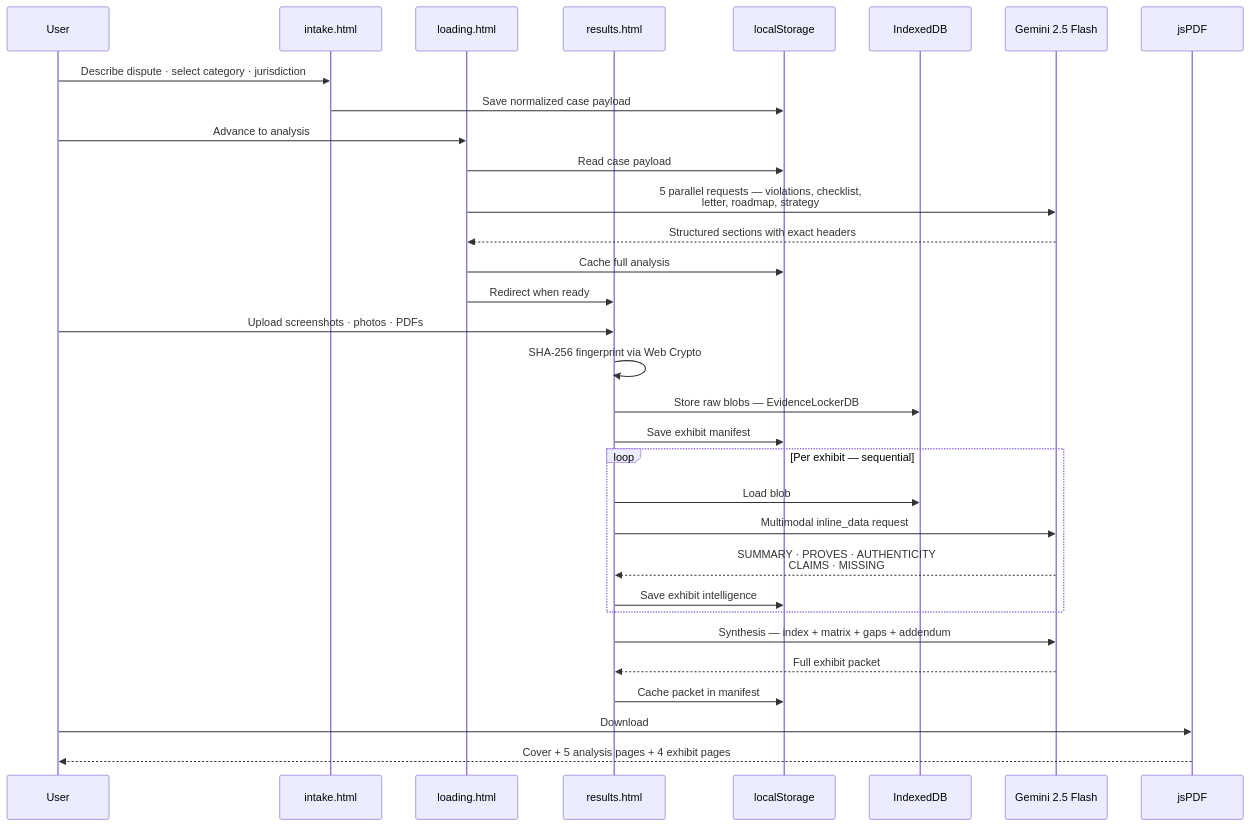
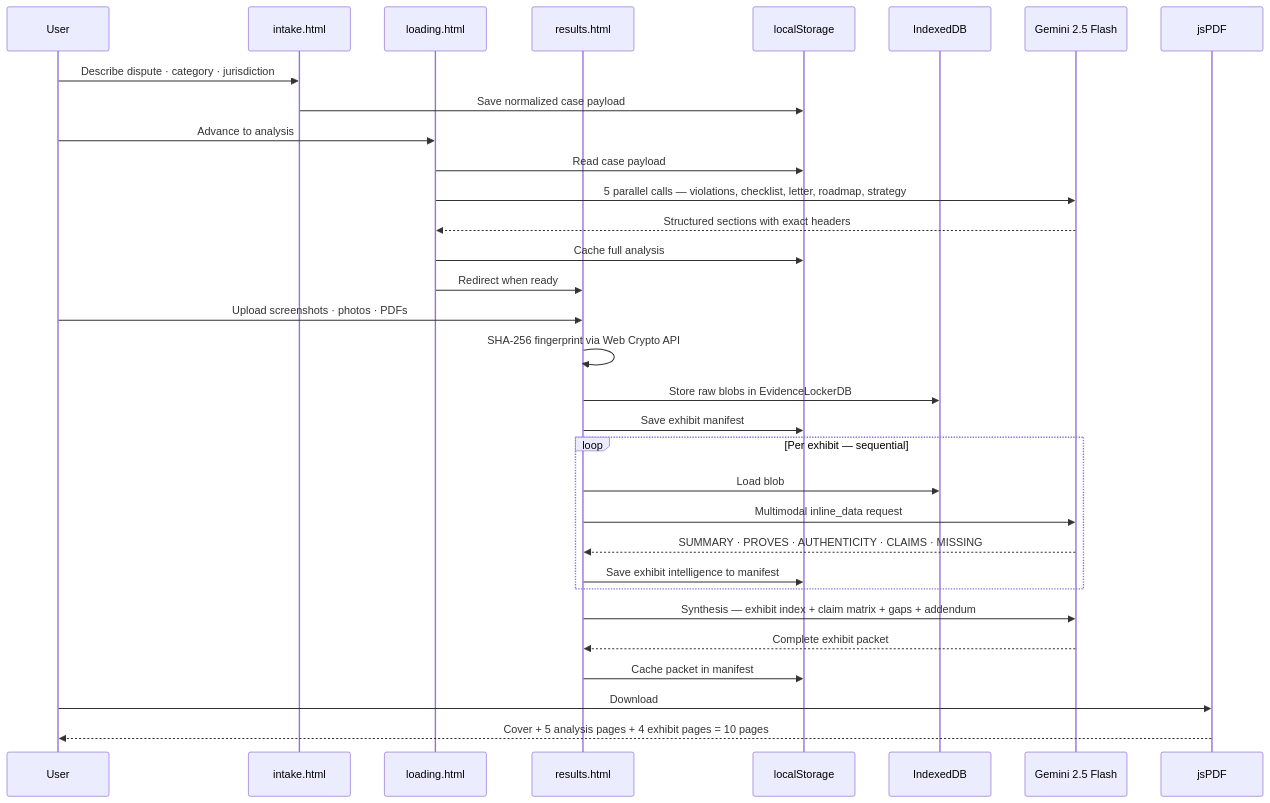
One commit to Iceman-Dann/Evidence-Locker changed the third of 12 diagrams in README.md. Above: the diagram before and after it, drawn with Mermaid. The commit also changed other lines of this file, not shown here.

````diff
--- a/README.md
+++ b/README.md
@@ -133,40 +144,40 @@
 ```mermaid
 sequenceDiagram
     participant User
     participant Intake as intake.html
     participant Loading as loading.html
     participant Results as results.html
     participant LS as localStorage
     participant IDB as IndexedDB
     participant Gemini as Gemini 2.5 Flash
     participant PDF as jsPDF
 
-    User->>Intake: Describe dispute · select category · jurisdiction
+    User->>Intake: Describe dispute · category · jurisdiction
     Intake->>LS: Save normalized case payload
     User->>Loading: Advance to analysis
 
     Loading->>LS: Read case payload
-    Loading->>Gemini: 5 parallel requests — violations, checklist,<br/>letter, roadmap, strategy
+    Loading->>Gemini: 5 parallel calls — violations, checklist, letter, roadmap, strategy
     Gemini-->>Loading: Structured sections with exact headers
     Loading->>LS: Cache full analysis
     Loading->>Results: Redirect when ready
 
     User->>Results: Upload screenshots · photos · PDFs
-    Results->>Results: SHA-256 fingerprint via Web Crypto
-    Results->>IDB: Store raw blobs — EvidenceLockerDB
+    Results->>Results: SHA-256 fingerprint via Web Crypto API
+    Results->>IDB: Store raw blobs in EvidenceLockerDB
     Results->>LS: Save exhibit manifest
 
     loop Per exhibit — sequential
         Results->>IDB: Load blob
         Results->>Gemini: Multimodal inline_data request
-        Gemini-->>Results: SUMMARY · PROVES · AUTHENTICITY<br/>CLAIMS · MISSING
-        Results->>LS: Save exhibit intelligence
+        Gemini-->>Results: SUMMARY · PROVES · AUTHENTICITY · CLAIMS · MISSING
+        Results->>LS: Save exhibit intelligence to manifest
     end
 
-    Results->>Gemini: Synthesis — index + matrix + gaps + addendum
-    Gemini-->>Results: Full exhibit packet
+    Results->>Gemini: Synthesis — exhibit index + claim matrix + gaps + addendum
+    Gemini-->>Results: Complete exhibit packet
     Results->>LS: Cache packet in manifest
 
     User->>PDF: Download
-    PDF-->>User: Cover + 5 analysis pages + 4 exhibit pages
+    PDF-->>User: Cover + 5 analysis pages + 4 exhibit pages = 10 pages
 ```
````
